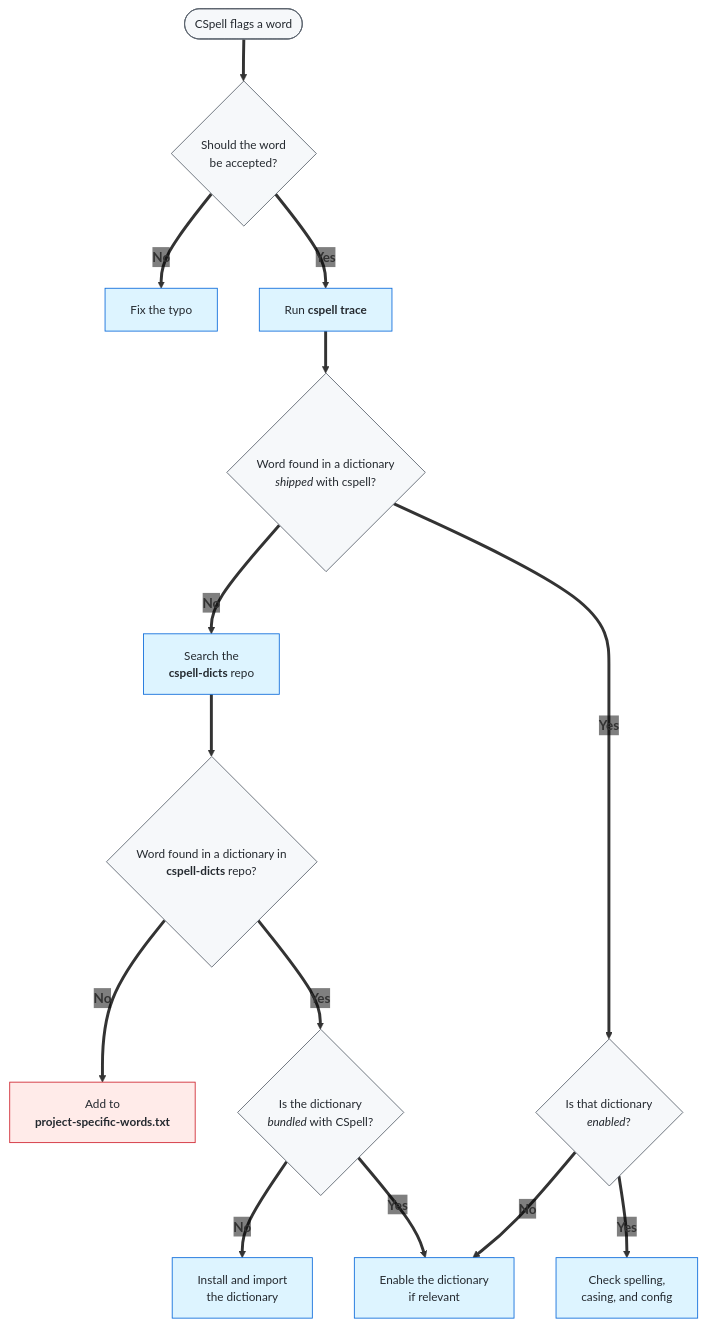
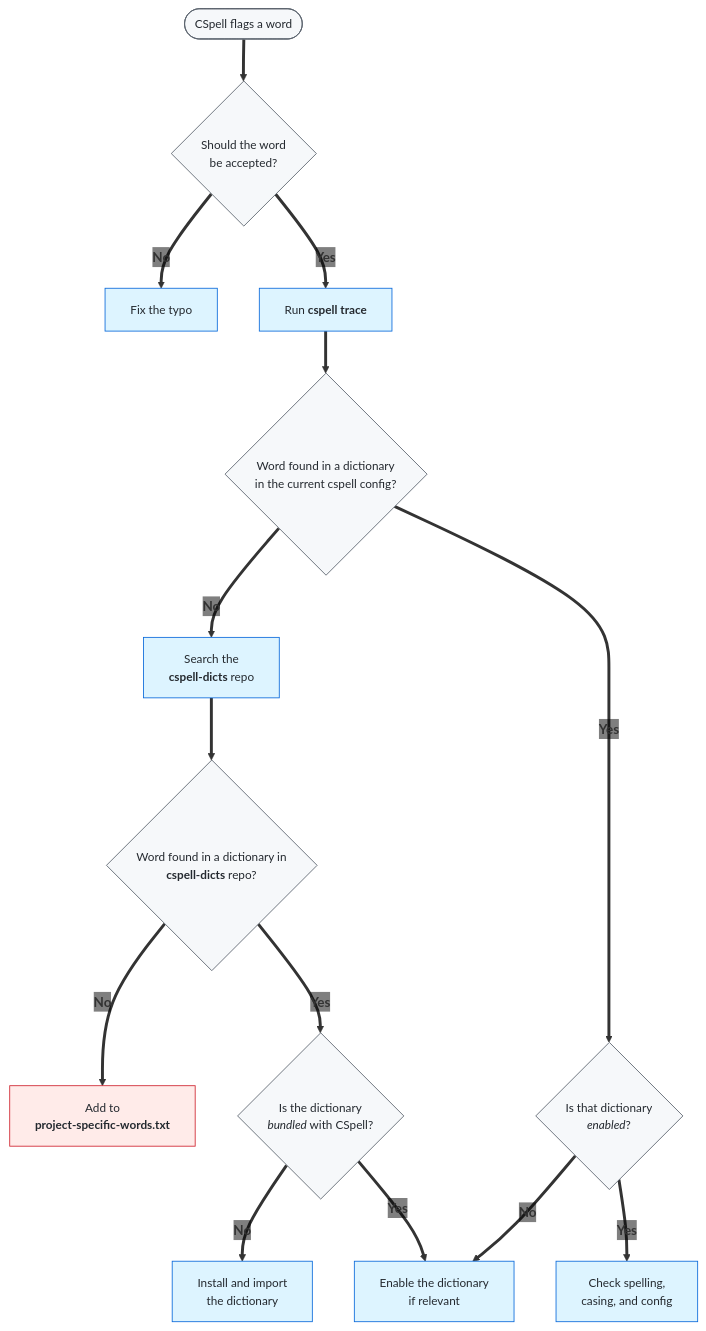
One commit to ScilifelabDataCentre/data-centre-template changed the diagram in .config/cspell/README.md. Above: the diagram before and after it, drawn with Mermaid.

Commit message:
current cspell config

````diff
--- a/.config/cspell/README.md
+++ b/.config/cspell/README.md
@@ -74,36 +74,36 @@
 ```mermaid
 ---
 config:
   themeVariables:
     edgeLabelBackground: transparent
 ---
 flowchart TD
     A([CSpell flags a word]) ==> B{Should the word<br/>be accepted?}
 
     B ==>|"`**No**`"| C[Fix the typo]
     B ==>|"`**Yes**`"| D["`Run **cspell trace**`"]
 
-    D ==> E{"`Word found in a dictionary<br/>_shipped_ with cspell?`"}
+    D ==> E{"`Word found in a dictionary<br/>in the current cspell config?`"}
 
     E ==>|"`**No**`"| I["`Search the </br> **cspell-dicts** repo`"]
     E ==>|"`**Yes**`"| F{"`Is that dictionary<br/>_enabled_?`"}
 
     F ==>|"`**No**`"| H[Enable the dictionary<br/>if relevant]
     F ==>|"`**Yes**`"| G[Check spelling,<br/>casing, and config]
 
     I ==> J{"`Word found in a dictionary in </br> **cspell-dicts** repo?`"}
 
     J ==>|"`**No**`"| M["`Add to <br/> **project-specific-words.txt**`"]
     J ==>|"`**Yes**`"| K{"`Is the dictionary<br/>_bundled_ with CSpell?`"}
 
     K ==>|"`**No**`"| L[Install and import<br/>the dictionary]
     K ==>|"`**Yes**`"| H
 
     classDef neutral fill:#f6f8fa,stroke:#57606a,color:#24292f,font-size:14px;
     classDef do fill:#ddf4ff,stroke:#0969da,color:#24292f,font-size:14px;
     classDef fallback fill:#ffebe9,stroke:#cf222e,color:#24292f,font-size:14px;
 
     class A,B,E,F,J,K neutral; 
     class C,D,G,H,I,L do;
     class M fallback;
 ```
````
